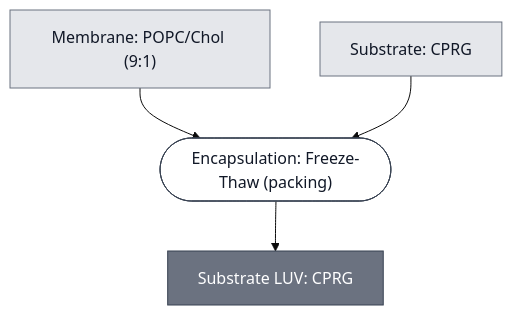
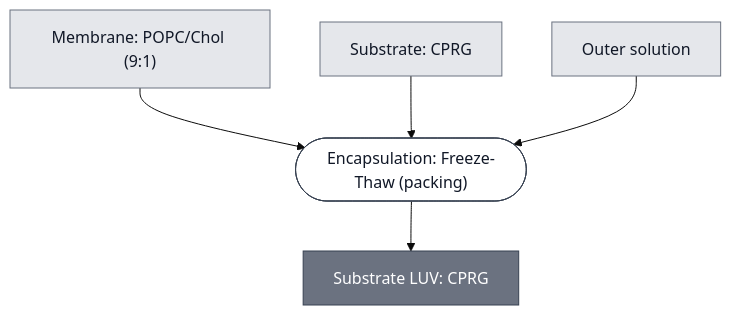
The diagram in docs/modules/substrate-cprg-luv/spec.md (nucleus-eng/nucleus-docs), drawn with Mermaid (base theme) before and after one commit. The commit also changed 41 other files, not shown here.

````diff
--- a/docs/modules/substrate-cprg-luv/spec.md
+++ b/docs/modules/substrate-cprg-luv/spec.md
@@ -33,25 +33,28 @@
 ```mermaid
 flowchart TD
+    OUTER_SOLUTION["Outer solution"]
     MEMBRANE_POPC_CHOL_9_1["Membrane: POPC/Chol (9:1)"]
     SUBSTRATE_CPRG["Substrate: CPRG"]
 
     P1_HYDRATE_AND_FREEZE_THAW_0(["Encapsulation: Freeze-Thaw (packing)"])
     SUBSTRATE_CPRG_LUV["Substrate LUV: CPRG"]
 
     MEMBRANE_POPC_CHOL_9_1 --> P1_HYDRATE_AND_FREEZE_THAW_0
     SUBSTRATE_CPRG --> P1_HYDRATE_AND_FREEZE_THAW_0
+    OUTER_SOLUTION --> P1_HYDRATE_AND_FREEZE_THAW_0
     P1_HYDRATE_AND_FREEZE_THAW_0 --> SUBSTRATE_CPRG_LUV
 
 
     classDef leaf     fill:#e5e7eb,stroke:#6b7280,color:#111827;
     classDef composed fill:#6b7280,stroke:#374151,color:#ffffff;
     classDef process  fill:#ffffff,stroke:#374151,color:#111827;
-    class MEMBRANE_POPC_CHOL_9_1,SUBSTRATE_CPRG leaf;
+    class OUTER_SOLUTION,MEMBRANE_POPC_CHOL_9_1,SUBSTRATE_CPRG leaf;
     class SUBSTRATE_CPRG_LUV composed;
     class P1_HYDRATE_AND_FREEZE_THAW_0 process;
 
+    click OUTER_SOLUTION "/docs/modules/outer-solution/spec"
     click MEMBRANE_POPC_CHOL_9_1 "/docs/modules/membrane-popc-chol-9-1/spec"
     click SUBSTRATE_CPRG "/docs/modules/substrate-cprg/spec"
     click P1_HYDRATE_AND_FREEZE_THAW_0 "/docs/processes/encapsulate-luv/main"
     click SUBSTRATE_CPRG_LUV "/docs/modules/substrate-cprg-luv/spec"
 ```
````
